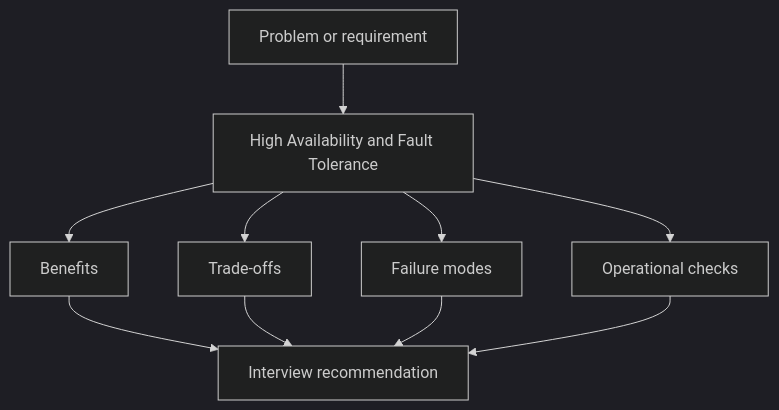
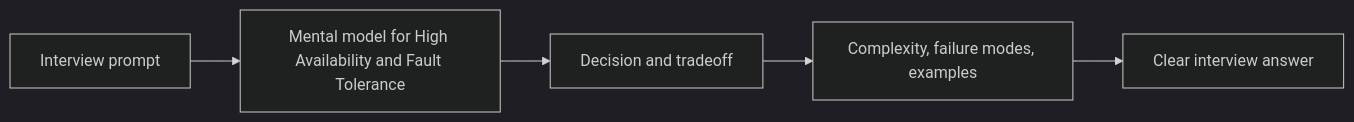
The diagram in fundamentals/high-availability/index.md (abstractinterviews/abstractinterviews.github.io), drawn with Mermaid (dark theme) before and after one commit. The commit also changed other lines of this file and 278 other files, not shown here.

````diff
--- a/fundamentals/high-availability/index.md
+++ b/fundamentals/high-availability/index.md
@@ -173,12 +165,7 @@
-~~~mermaid
-flowchart TD
-    Problem["Problem or requirement"] --> Concept["High Availability and Fault Tolerance"]
-    Concept --> Benefits["Benefits"]
-    Concept --> Tradeoffs["Trade-offs"]
-    Concept --> FailureModes["Failure modes"]
-    Concept --> Operations["Operational checks"]
-    Benefits --> Decision["Interview recommendation"]
-    Tradeoffs --> Decision
-    FailureModes --> Decision
-    Operations --> Decision
-~~~
+```mermaid
+flowchart LR
+    Problem["Interview prompt"] --> Model["Mental model for High Availability and Fault Tolerance"]
+    Model --> Choice["Decision and tradeoff"]
+    Choice --> Evidence["Complexity, failure modes, examples"]
+    Evidence --> Answer["Clear interview answer"]
+```
````
